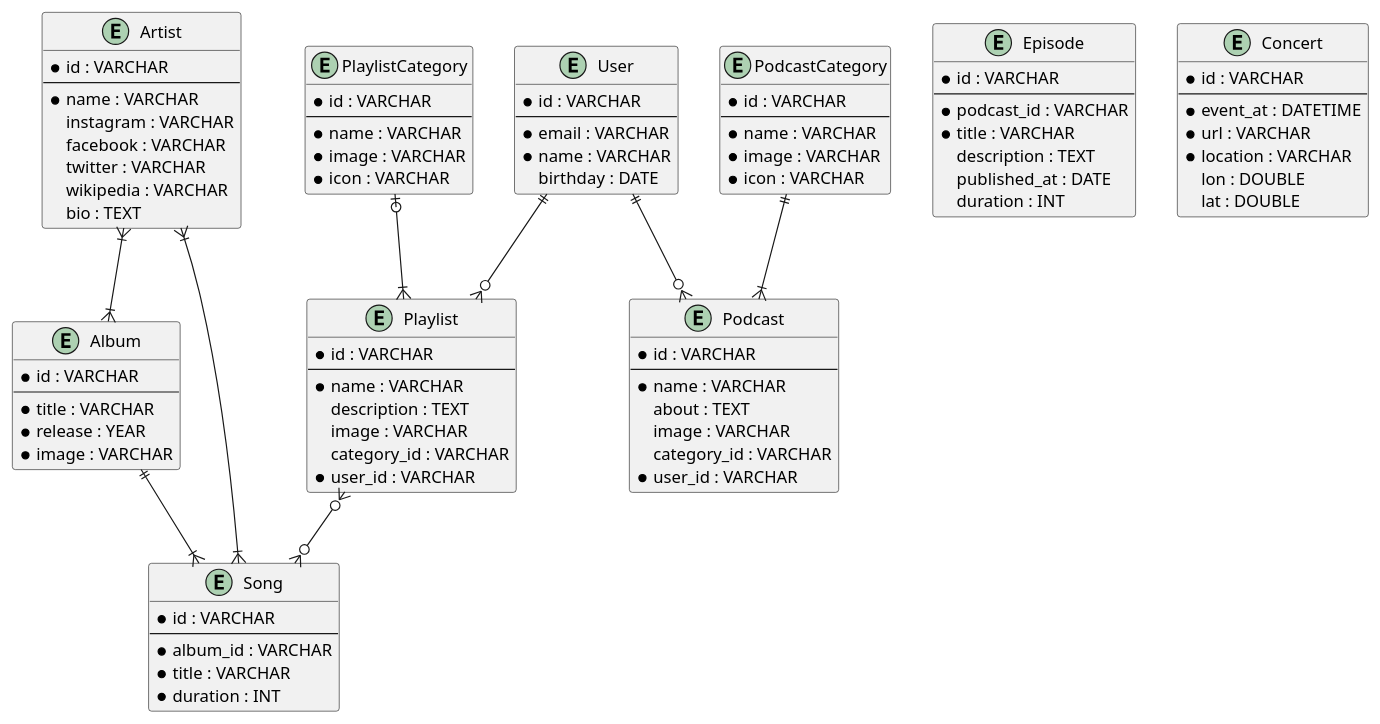
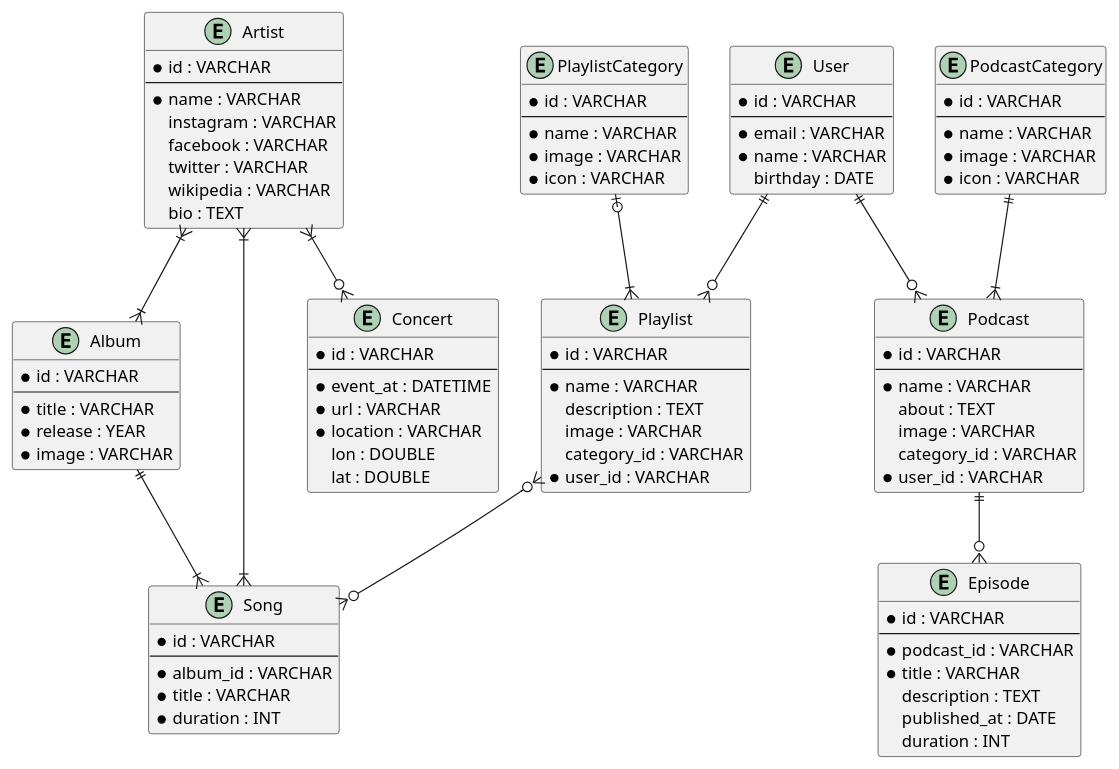
One commit to bayubagusbagaswara/design-database-spotify-clone changed the diagram in src/entity.puml. Above: the diagram before and after it, drawn with PlantUML.

Commit message:
menentukan relasi entity episode dan concert

```diff
--- a/src/entity.puml
+++ b/src/entity.puml
@@ -1,104 +1,108 @@
 @startuml
 entity Artist {
     * id : VARCHAR
     --
     * name : VARCHAR
     instagram : VARCHAR
     facebook : VARCHAR
     twitter : VARCHAR
     wikipedia : VARCHAR
     bio : TEXT
 }
 
 entity Album {
     * id : VARCHAR
     --
     * title : VARCHAR
     * release : YEAR
     * image : VARCHAR
 }
 
 entity Song {
     * id : VARCHAR
     --
     * album_id : VARCHAR
     * title : VARCHAR
     * duration : INT
 }
 
 entity PlaylistCategory {
     * id : VARCHAR
     --
     * name : VARCHAR
     * image : VARCHAR
     * icon : VARCHAR
 }
 entity Playlist{
     * id : VARCHAR
     --
     * name : VARCHAR
     description : TEXT
     image : VARCHAR
     category_id : VARCHAR
     * user_id : VARCHAR
 }
 
 entity PodcastCategory {
     * id : VARCHAR
     --
     * name : VARCHAR
     * image : VARCHAR
     * icon : VARCHAR
 }
 
  entity Podcast {
     * id : VARCHAR
     --
     * name : VARCHAR
     about : TEXT
     image : VARCHAR
     category_id : VARCHAR
     * user_id : VARCHAR
 }
 
 entity Episode {
     * id : VARCHAR
     --
     * podcast_id : VARCHAR
     * title : VARCHAR
     description : TEXT
     published_at : DATE
     duration : INT
 }
 
 entity User{
     * id : VARCHAR
     --
     * email : VARCHAR
     * name : VARCHAR
     birthday : DATE
 }
 
 entity Concert{
     * id : VARCHAR
     --
     * event_at : DATETIME
     * url : VARCHAR
     * location : VARCHAR
     lon : DOUBLE
     lat : DOUBLE
 }
 'relasi
 Artist }|--|{ Album
 'menentukan relasi Song
 Album ||--|{ Song
 Artist }|--|{ Song
 'menentukan relasi playlist
 PlaylistCategory |o--|{ Playlist
 User ||--o{ Playlist
 Playlist }o--o{ Song
 'relasi podcast
 'misal 1 category punya 1 podcast
 PodcastCategory ||--|{ Podcast
 User ||--o{ Podcast
+'relasi episode hanya ke podcast
+Podcast ||--o{ Episode
+'relasi concert
+Artist }|--o{ Concert
 @enduml
```
